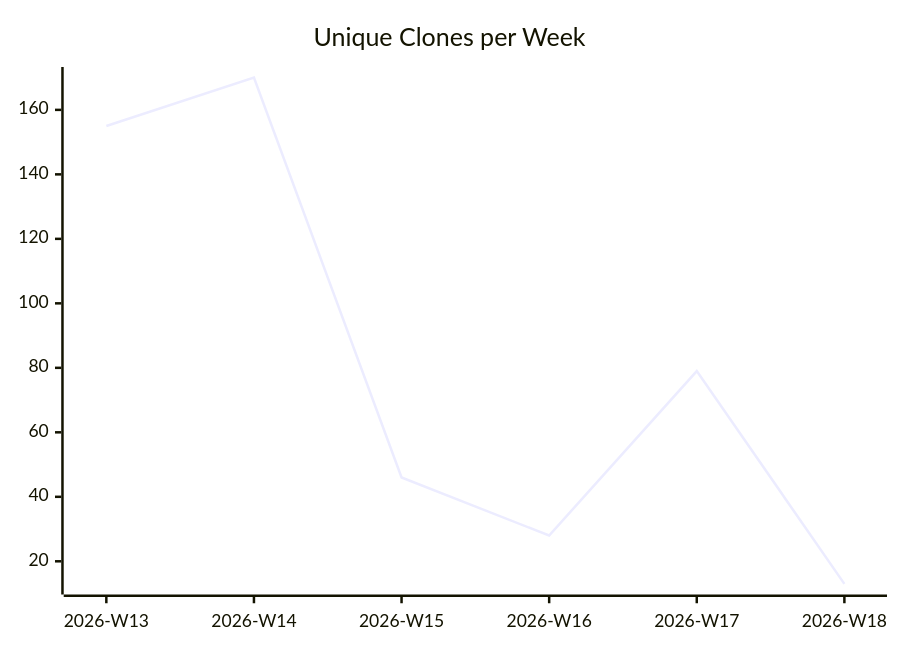
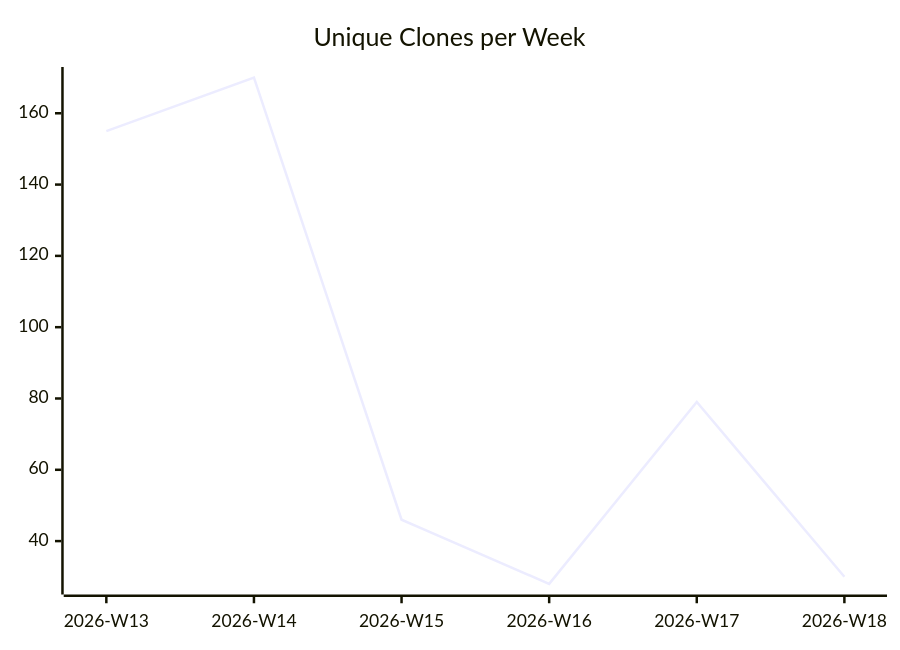
Before and after one commit to justdavis-family/github-analytics-data: the third of 3 diagrams in karlmdavis/justdavis-finances/README.md, drawn with Mermaid. The commit also changed other lines of this file and 188 other files, not shown here.

````diff
--- a/karlmdavis/justdavis-finances/README.md
+++ b/karlmdavis/justdavis-finances/README.md
@@ -19,6 +19,6 @@
 ```mermaid
 xychart-beta
   title "Unique Clones per Week"
   x-axis ["2026-W13", "2026-W14", "2026-W15", "2026-W16", "2026-W17", "2026-W18"]
-  line [155, 170, 46, 28, 79, 13]
+  line [155, 170, 46, 28, 79, 30]
 ```
````
